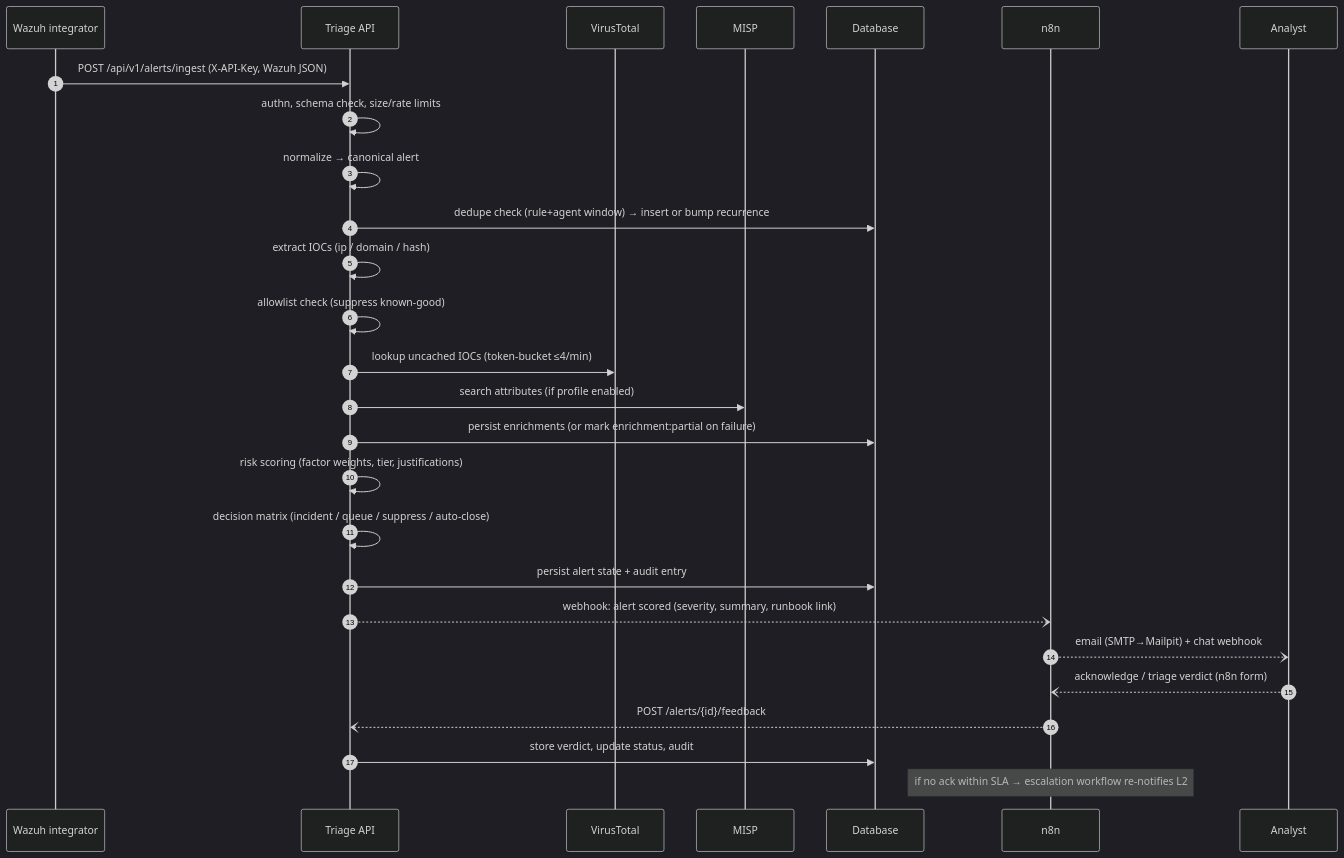
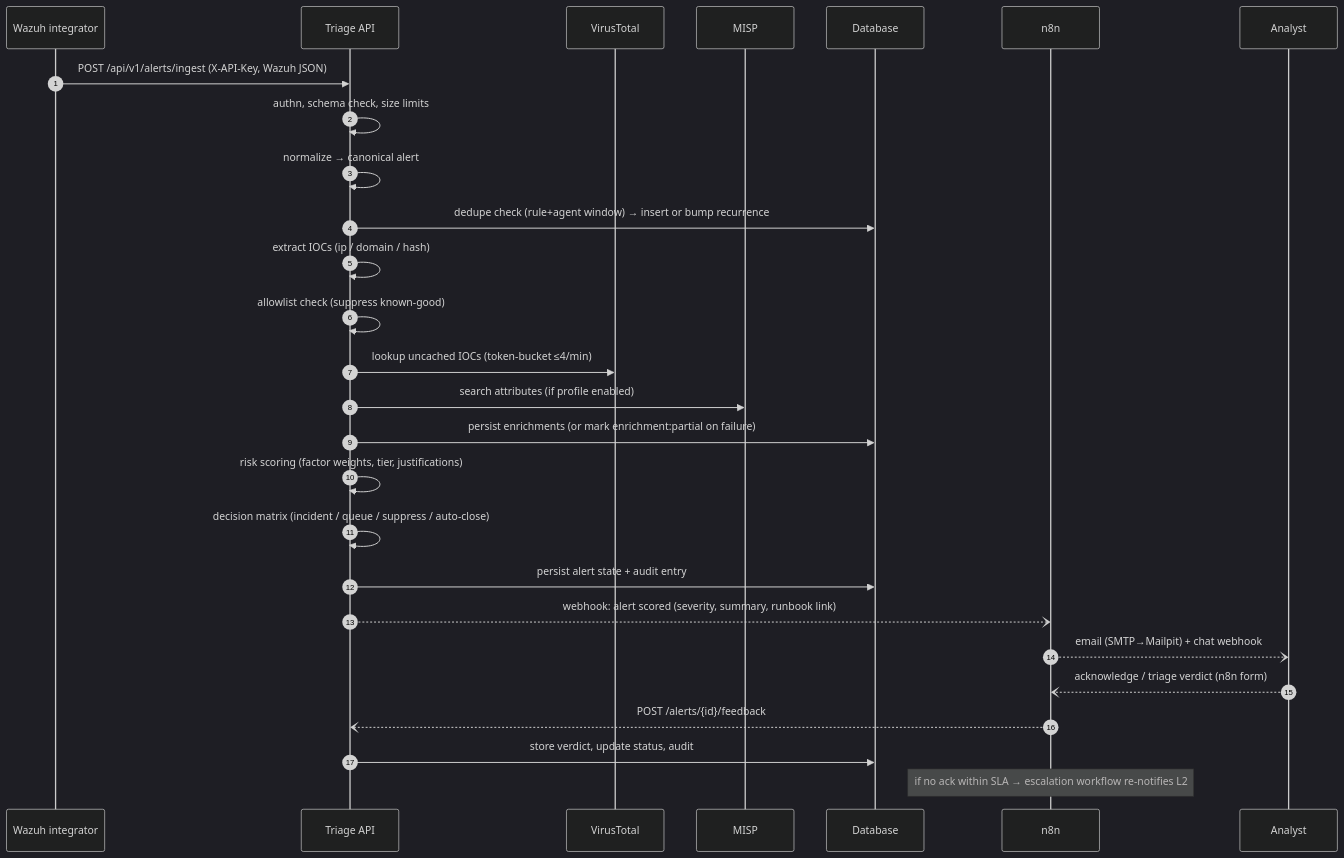
Before and after one commit to SadashivPole/soc-alert-triage-automation: the second of 3 diagrams in ARCHITECTURE.md, drawn with Mermaid (dark theme). The commit also changed other lines of this file and 6 other files, not shown here.

````diff
--- a/ARCHITECTURE.md
+++ b/ARCHITECTURE.md
@@ -112,30 +112,30 @@
 ```mermaid
 sequenceDiagram
     autonumber
     participant W as Wazuh integrator
     participant API as Triage API
     participant VT as VirusTotal
     participant M as MISP
     participant DB as Database
     participant N as n8n
     participant AN as Analyst
 
     W->>API: POST /api/v1/alerts/ingest (X-API-Key, Wazuh JSON)
-    API->>API: authn, schema check, size/rate limits
+    API->>API: authn, schema check, size limits
     API->>API: normalize → canonical alert
     API->>DB: dedupe check (rule+agent window) → insert or bump recurrence
     API->>API: extract IOCs (ip / domain / hash)
     API->>API: allowlist check (suppress known-good)
     API->>VT: lookup uncached IOCs (token-bucket ≤4/min)
     API->>M: search attributes (if profile enabled)
     API->>DB: persist enrichments (or mark enrichment:partial on failure)
     API->>API: risk scoring (factor weights, tier, justifications)
     API->>API: decision matrix (incident / queue / suppress / auto-close)
     API->>DB: persist alert state + audit entry
     API--)N: webhook: alert scored (severity, summary, runbook link)
     N--)AN: email (SMTP→Mailpit) + chat webhook
     AN--)N: acknowledge / triage verdict (n8n form)
     N--)API: POST /alerts/{id}/feedback
     API->>DB: store verdict, update status, audit
     Note over N: if no ack within SLA → escalation workflow re-notifies L2
 ```
````
